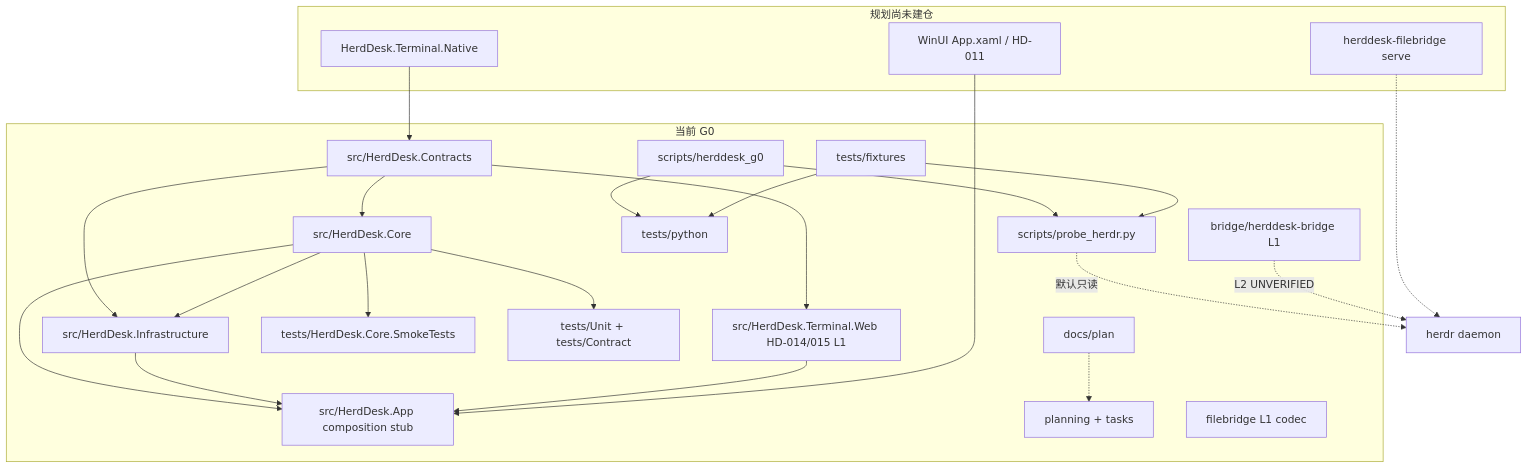
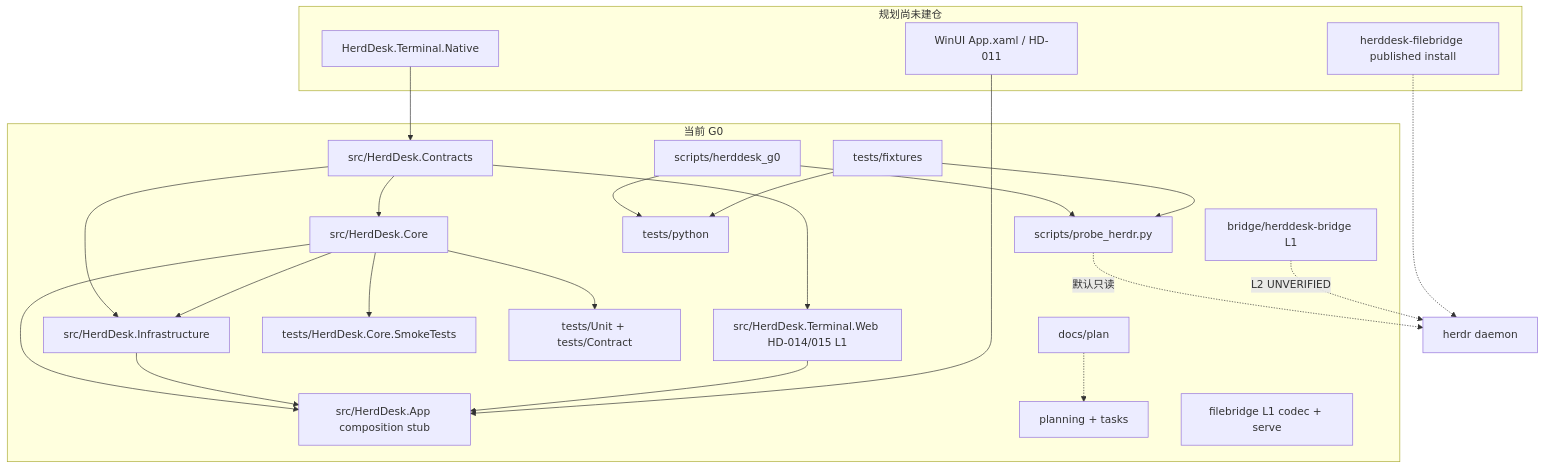
Before and after one commit to bahayonghang/HerdrDesk: the diagram in CLAUDE.md, drawn with Mermaid. The commit also changed other lines of this file and 70 other files, not shown here.

First line of the commit message:
feat(filebridge): ✨ 添加 serve 进程与本地文件传输后端

````diff
--- a/CLAUDE.md
+++ b/CLAUDE.md
@@ -32,45 +32,45 @@
 ```mermaid
 flowchart TB
   subgraph current [当前 G0]
     Contracts["src/HerdDesk.Contracts"]
     Core["src/HerdDesk.Core"]
     Infra["src/HerdDesk.Infrastructure"]
     WebTerm["src/HerdDesk.Terminal.Web HD-014/015 L1"]
     App["src/HerdDesk.App composition stub"]
     Smoke["tests/HerdDesk.Core.SmokeTests"]
     Unit["tests/Unit + tests/Contract"]
     Proto["scripts/herddesk_g0"]
     Probe["scripts/probe_herdr.py"]
     PyTests["tests/python"]
     Fixtures["tests/fixtures"]
     PlanDocs["docs/plan"]
     Active["planning + tasks"]
     Contracts --> Core
     Contracts --> Infra
     Core --> Infra
     Contracts --> WebTerm
     Core --> App
     Infra --> App
     WebTerm --> App
     Core --> Smoke
     Core --> Unit
     Proto --> Probe
     Proto --> PyTests
     Fixtures --> PyTests
     Fixtures --> Probe
     PlanDocs -.-> Active
     Bridge["bridge/herddesk-bridge L1"]
-    FileBrCodec["filebridge L1 codec"]
+    FileBrCodec["filebridge L1 codec + serve"]
   end
   subgraph planned [规划尚未建仓]
     NativeTerm["HerdDesk.Terminal.Native"]
     WinUiShell["WinUI App.xaml / HD-011"]
-    FileBr["herddesk-filebridge serve"]
+    FileBr["herddesk-filebridge published install"]
     NativeTerm --> Contracts
     WinUiShell --> App
   end
   herdr["herdr daemon"]
   Probe -.->|默认只读| herdr
   Bridge -.->|L2 UNVERIFIED| herdr
   FileBr -.-> herdr
 ```
````
